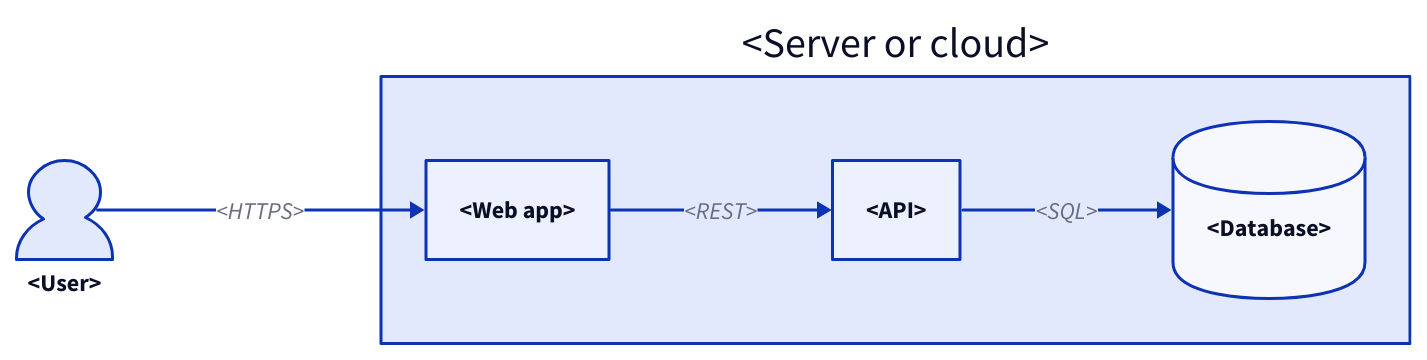
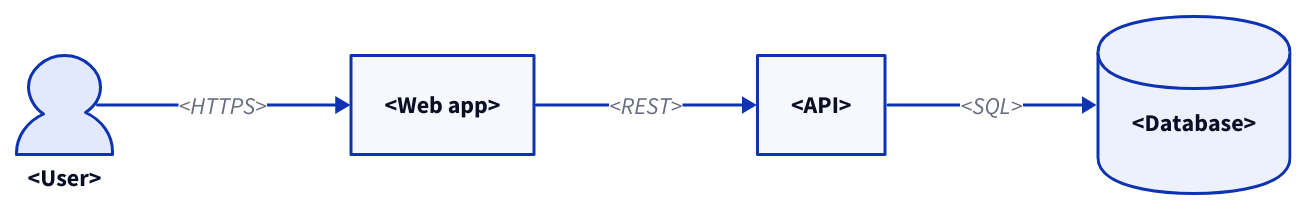
The second of 8 diagrams in skill/explaining-code/SKILL.md (ATkingma/KingmaDoc), drawn with D2 before and after one commit. The commit also changed other lines of this file and 5 other files, not shown here.

````diff
--- a/skill/explaining-code/SKILL.md
+++ b/skill/explaining-code/SKILL.md
@@ -93,12 +105,10 @@
 ```d2
 direction: right
 user: <User> {shape: person}
-host: <Server or cloud> {
-  web: <Web app>
-  api: <API>
-  db: <Database> {shape: cylinder}
-}
-user -> host.web: <HTTPS>
-host.web -> host.api: <REST>
-host.api -> host.db: <SQL>
+web: <Web app>
+api: <API>
+db: <Database> {shape: cylinder}
+user -> web: <HTTPS>
+web -> api: <REST>
+api -> db: <SQL>
 ```
````
